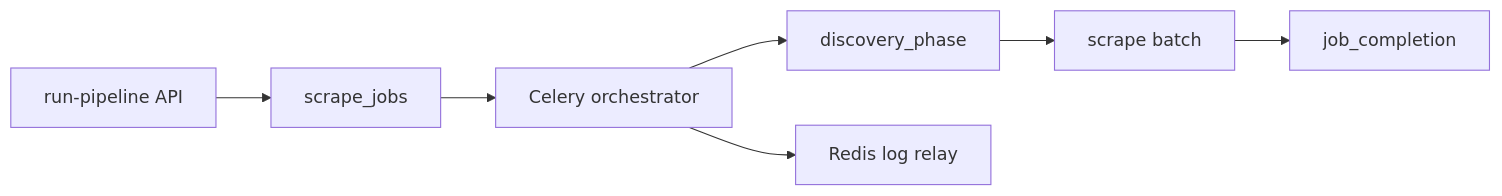
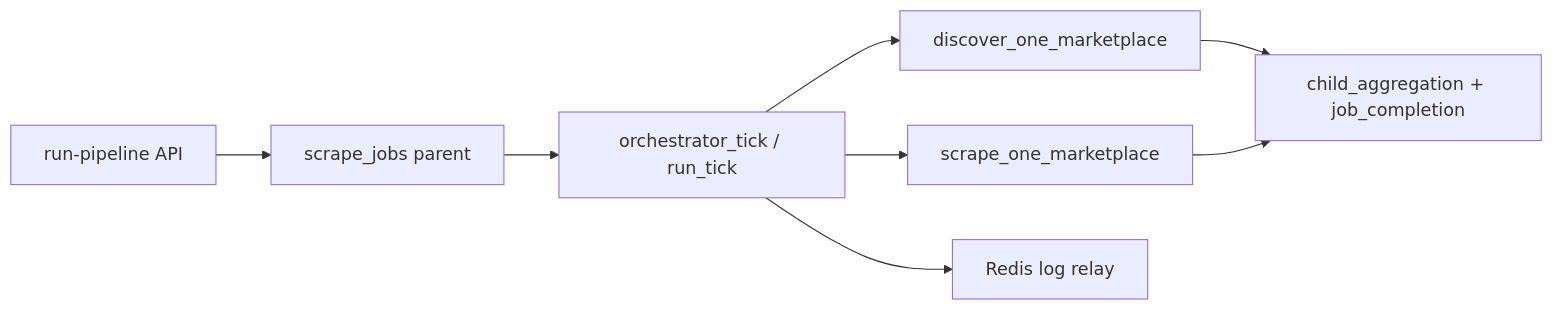
Before and after one commit to vladgorbachov/imperecta: the second of 3 diagrams in Imperecta_Backend.md, drawn with Mermaid. The commit also changed other lines of this file and 5 other files, not shown here.

````diff
--- a/Imperecta_Backend.md
+++ b/Imperecta_Backend.md
@@ -1123,9 +1135,10 @@
 ```mermaid
 flowchart LR
-    A[run-pipeline API] --> B[scrape_jobs]
-    B --> C[Celery orchestrator]
-    C --> D[discovery_phase]
-    D --> E[scrape batch]
-    E --> F[job_completion]
+    A[run-pipeline API] --> B[scrape_jobs parent]
+    B --> C[orchestrator_tick / run_tick]
+    C --> D[discover_one_marketplace]
+    C --> E[scrape_one_marketplace]
+    D --> F[child_aggregation + job_completion]
+    E --> F
     C --> R[Redis log relay]
 ```
````
